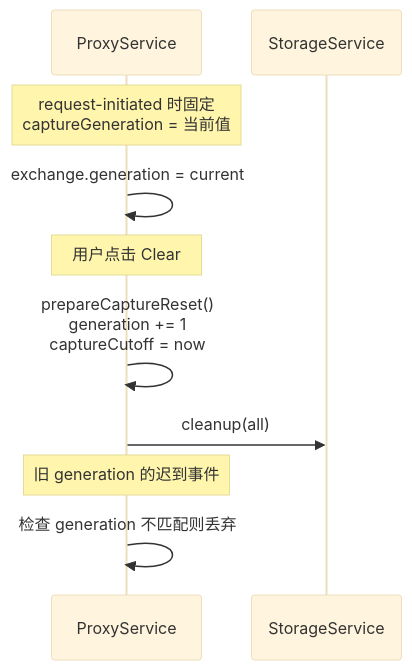
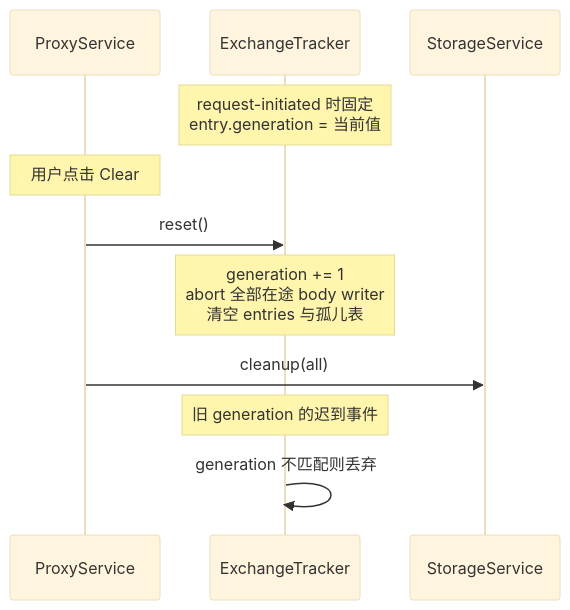
The seventh of 8 diagrams in architecture/feature-capture.md (zhxmt-xm/Interceptor), drawn with Mermaid (base theme) before and after one commit. The commit also changed other lines of this file, not shown here.

First line of the commit message:
docs(capture): mark stage-one work as implemented

````diff
--- a/architecture/feature-capture.md
+++ b/architecture/feature-capture.md
@@ -463,15 +465,16 @@
 ```mermaid
 sequenceDiagram
     participant Proxy as ProxyService
+    participant Tracker as ExchangeTracker
     participant Storage as StorageService
 
-    Note over Proxy: request-initiated 时固定<br/>captureGeneration = 当前值
-    Proxy->>Proxy: exchange.generation = current
+    Note over Tracker: request-initiated 时固定<br/>entry.generation = 当前值
 
     Note over Proxy: 用户点击 Clear
-    Proxy->>Proxy: prepareCaptureReset()<br/>generation += 1<br/>captureCutoff = now
+    Proxy->>Tracker: reset()
+    Note over Tracker: generation += 1<br/>abort 全部在途 body writer<br/>清空 entries 与孤儿表
     Proxy->>Storage: cleanup(all)
 
-    Note over Proxy: 旧 generation 的迟到事件
-    Proxy->>Proxy: 检查 generation 不匹配则丢弃
+    Note over Tracker: 旧 generation 的迟到事件
+    Tracker->>Tracker: generation 不匹配则丢弃
 ```
````
